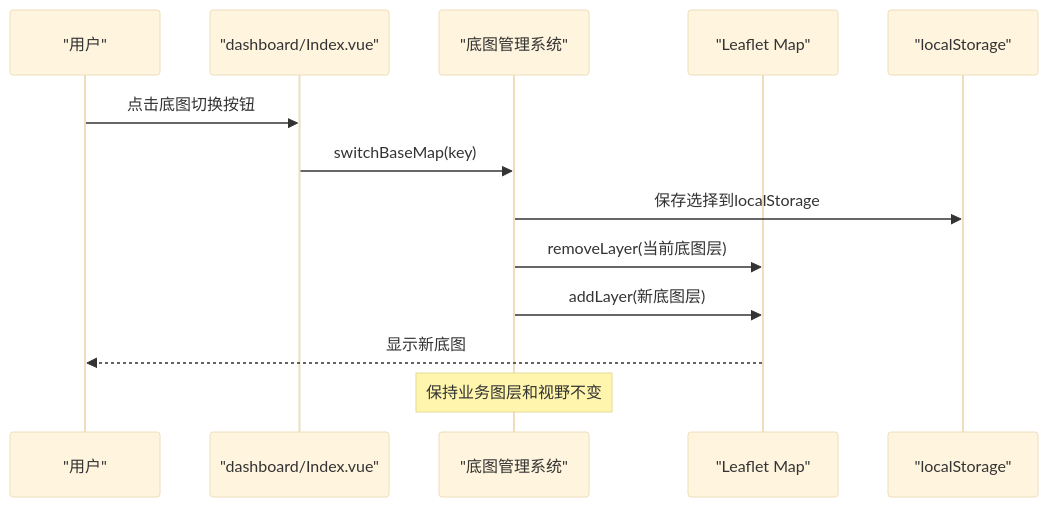
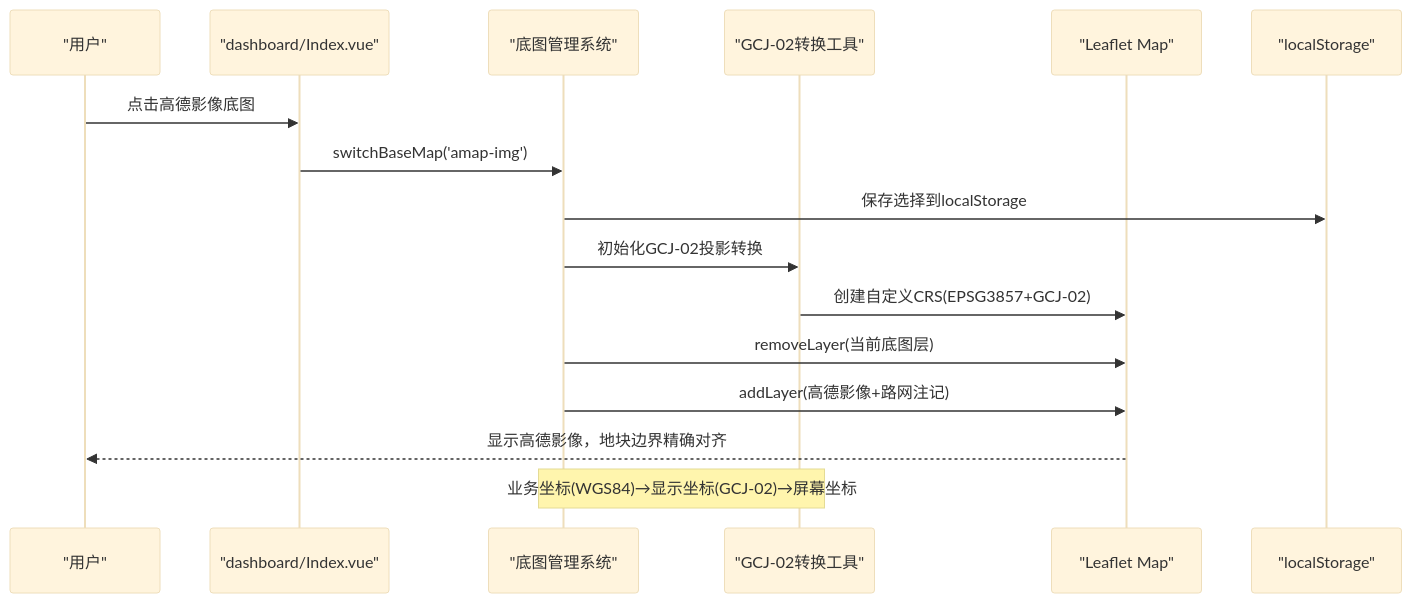
The second of 7 diagrams in .qoder/repowiki/zh/content/前端应用文档/地图可视化.md (q446328246/agri-platform), drawn with Mermaid (base theme) before and after one commit. The commit also changed other lines of this file and 4 other files, not shown here.

````diff
--- a/.qoder/repowiki/zh/content/前端应用文档/地图可视化.md
+++ b/.qoder/repowiki/zh/content/前端应用文档/地图可视化.md
@@ -110,15 +123,18 @@
 ```mermaid
 sequenceDiagram
 participant User as "用户"
 participant Dashboard as "dashboard/Index.vue"
 participant BaseMap as "底图管理系统"
+participant Gcj02 as "GCJ-02转换工具"
 participant Map as "Leaflet Map"
 participant Storage as "localStorage"
-User->>Dashboard : 点击底图切换按钮
-Dashboard->>BaseMap : switchBaseMap(key)
+User->>Dashboard : 点击高德影像底图
+Dashboard->>BaseMap : switchBaseMap('amap-img')
 BaseMap->>Storage : 保存选择到localStorage
+BaseMap->>Gcj02 : 初始化GCJ-02投影转换
+Gcj02->>Map : 创建自定义CRS(EPSG3857+GCJ-02)
 BaseMap->>Map : removeLayer(当前底图层)
-BaseMap->>Map : addLayer(新底图层)
-Map-->>User : 显示新底图
-Note over BaseMap : 保持业务图层和视野不变
+BaseMap->>Map : addLayer(高德影像+路网注记)
+Map-->>User : 显示高德影像，地块边界精确对齐
+Note over BaseMap,Gcj02 : 业务坐标(WGS84)→显示坐标(GCJ-02)→屏幕坐标
 ```
````
